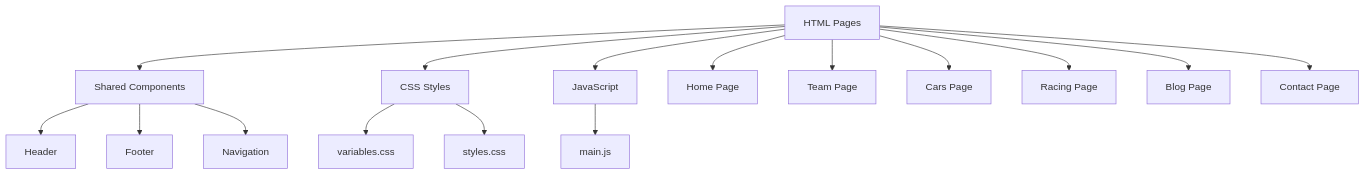
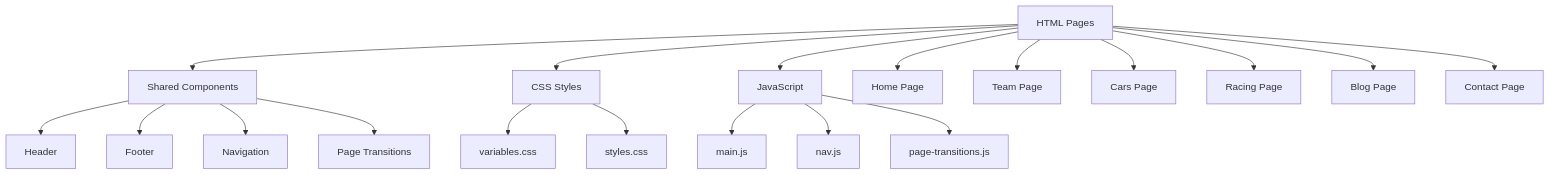
The first of 2 diagrams in docs/memory-bank/systemPatterns.md (LeoPBgit/Pikzilla-Racing), drawn with Mermaid before and after one commit. The commit also changed other lines of this file and 14 other files, not shown here.

Commit message:
Add smooth page transitions between all pages using sessionStorage and CSS transitions

````diff
--- a/docs/memory-bank/systemPatterns.md
+++ b/docs/memory-bank/systemPatterns.md
@@ -7,18 +7,21 @@
 ```mermaid
 flowchart TD
     A[HTML Pages] --> B[Shared Components]
     A --> C[CSS Styles]
     A --> D[JavaScript]
     B --> E[Header]
     B --> F[Footer]
     B --> G[Navigation]
+    B --> PT[Page Transitions]
     C --> H[variables.css]
     C --> I[styles.css]
     D --> J[main.js]
-    A --> K[Home Page]
-    A --> L[Team Page]
-    A --> M[Cars Page]
-    A --> N[Racing Page]
-    A --> O[Blog Page]
-    A --> P[Contact Page]
+    D --> K[nav.js]
+    D --> L[page-transitions.js]
+    A --> M[Home Page]
+    A --> N[Team Page]
+    A --> O[Cars Page]
+    A --> P[Racing Page]
+    A --> Q[Blog Page]
+    A --> R[Contact Page]
 ```
````
